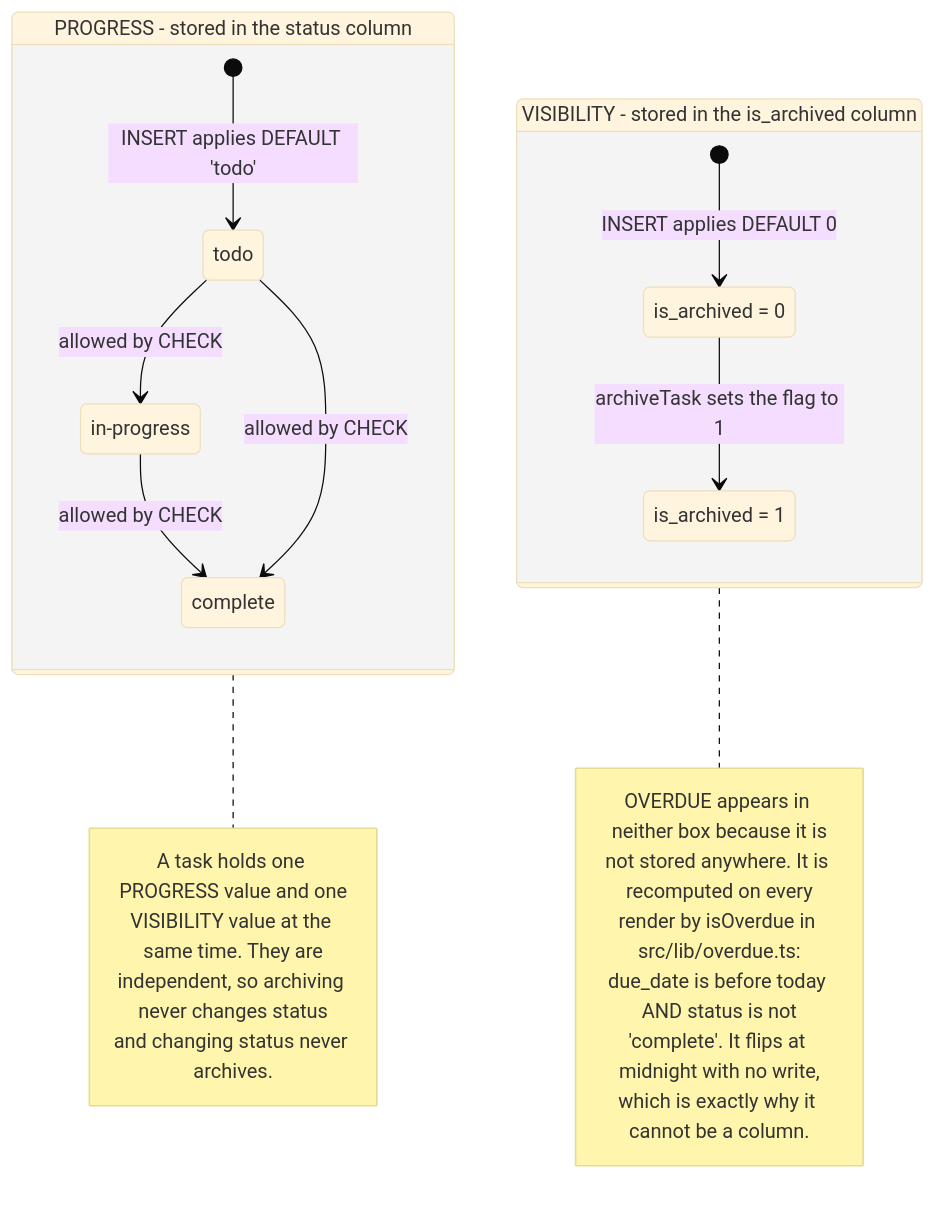
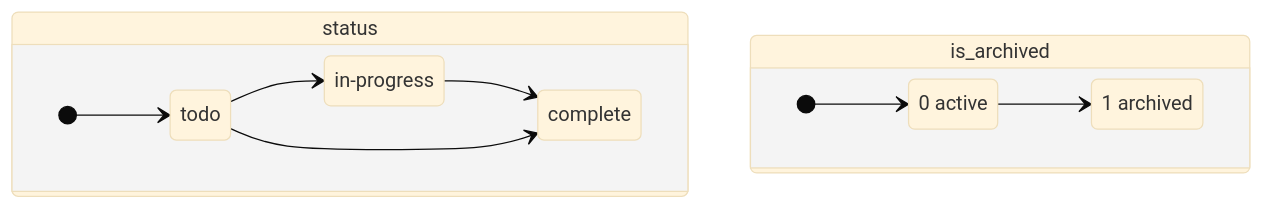
Before and after one commit to Queen8213/coms30011a-lab_one: the second of 2 diagrams in DOCUMENTATION.md, drawn with Mermaid (base theme). The commit also changed other lines of this file, not shown here.

Commit message:
Stop Mermaid diagram labels from clipping
Long text inside the diagrams was being cut off mid-word. Column comments
in the erDiagram are now one word each, the state diagram's composite
titles are just the column names, and its transition labels and two
embedded note blocks are gone.

Nothing factual was dropped: the full constraints, the independence of the
two stored axes, why overdue is derived, and the notes that no code writes
status and that archiving is one-way all moved into prose beneath.

````diff
--- a/DOCUMENTATION.md
+++ b/DOCUMENTATION.md
@@ -111,35 +121,19 @@
 ```mermaid
 stateDiagram-v2
-    direction TB
-
-    state "PROGRESS - stored in the status column" as progress {
+    state "status" as progress {
+        direction LR
         state "in-progress" as inprogress
-        [*] --> todo: INSERT applies DEFAULT 'todo'
-        todo --> inprogress: allowed by CHECK
-        inprogress --> complete: allowed by CHECK
-        todo --> complete: allowed by CHECK
+        [*] --> todo
+        todo --> inprogress
+        inprogress --> complete
+        todo --> complete
     }
 
-    state "VISIBILITY - stored in the is_archived column" as visibility {
-        state "is_archived = 0" as active
-        state "is_archived = 1" as archived
-        [*] --> active: INSERT applies DEFAULT 0
-        active --> archived: archiveTask sets the flag to 1
+    state "is_archived" as visibility {
+        direction LR
+        state "0 active" as active
+        state "1 archived" as archived
+        [*] --> active
+        active --> archived
     }
-
-    note right of progress
-        A task holds one PROGRESS value and one
-        VISIBILITY value at the same time. They are
-        independent, so archiving never changes status
-        and changing status never archives.
-    end note
-
-    note right of visibility
-        OVERDUE appears in neither box because it is
-        not stored anywhere. It is recomputed on every
-        render by isOverdue in src/lib/overdue.ts:
-        due_date is before today AND status is not
-        'complete'. It flips at midnight with no write,
-        which is exactly why it cannot be a column.
-    end note
 ```
````
